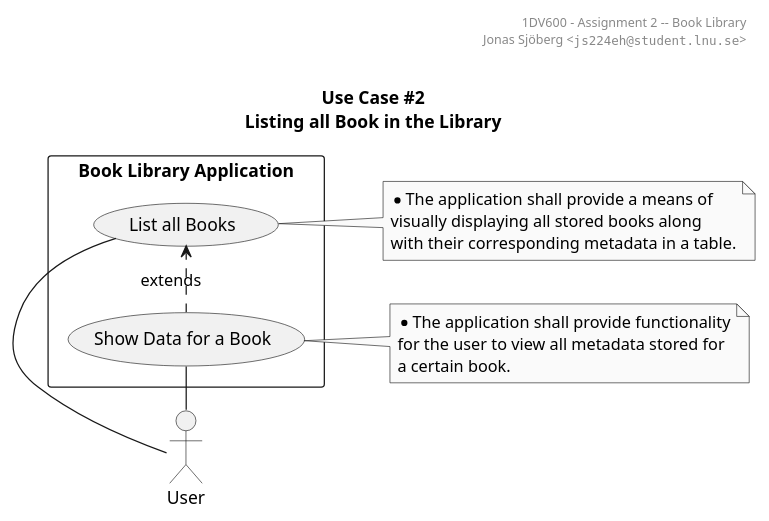
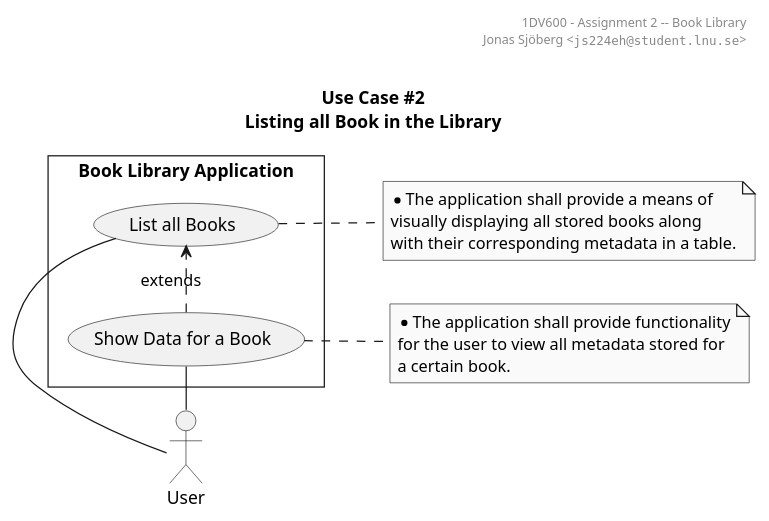
One commit to jonasjberg/1dv600_lab changed the diagram in doc/uml-use-case-2.puml. Above: the diagram before and after it, drawn with PlantUML. The commit also changed 1 other file, not shown here.

Commit message:
Update UML diagram for use case #2.

```diff
--- a/doc/uml-use-case-2.puml
+++ b/doc/uml-use-case-2.puml
@@ -11,50 +11,50 @@
 @startuml
 ' ______________________________________________________________________________
 ' ____ CONFIGURATION OPTIONS ___________________________________________________
 ' debug flag creates a 'svek.dot' and 'svek.svg' file in ~/
 ' !pragma svek_trace on
 
 skinparam {
     monochrome true
     backgroundColor transparent
     classBackgroundColor transparent
-    'style strictuml
+    style strictuml
 }
 
 ' ______________________________________________________________________________
 ' ____ USECASE DIAGRAM _________________________________________________________
 
 header
 1DV600 - Assignment 2 -- Book Library
 Jonas Sjöberg <""js224eh@student.lnu.se"">
 end header
 
 title \nUse Case #2\nListing all Book in the Library
 
 :User: as User
 
 rectangle "Book Library Application" {
     (List all Books)                as (ListBooks)
     (Show Data for a Book)          as (ShowBookData)
 
     left to right direction
     User - ShowBookData
     User - ListBooks
 
 
     (ShowBookData) .> (ListBooks) : extends
 }
 
 note right of ListBooks
 * The application shall provide a means of
 visually displaying all stored books along
 with their corresponding metadata in a table.
 end note
 
 note right of ShowBookData
 * The application shall provide functionality
 for the user to view all metadata stored for
 a certain book.
 end note
 
 @enduml
```
